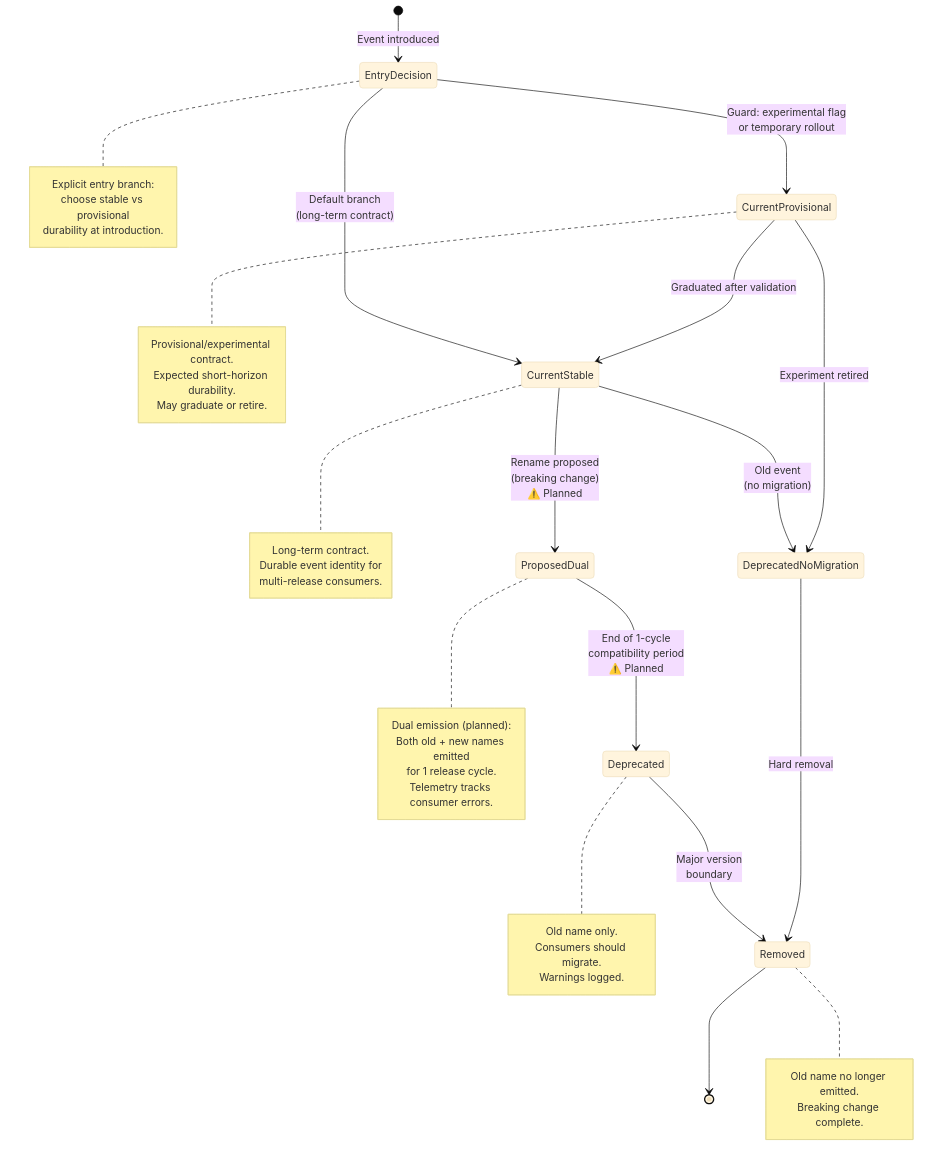
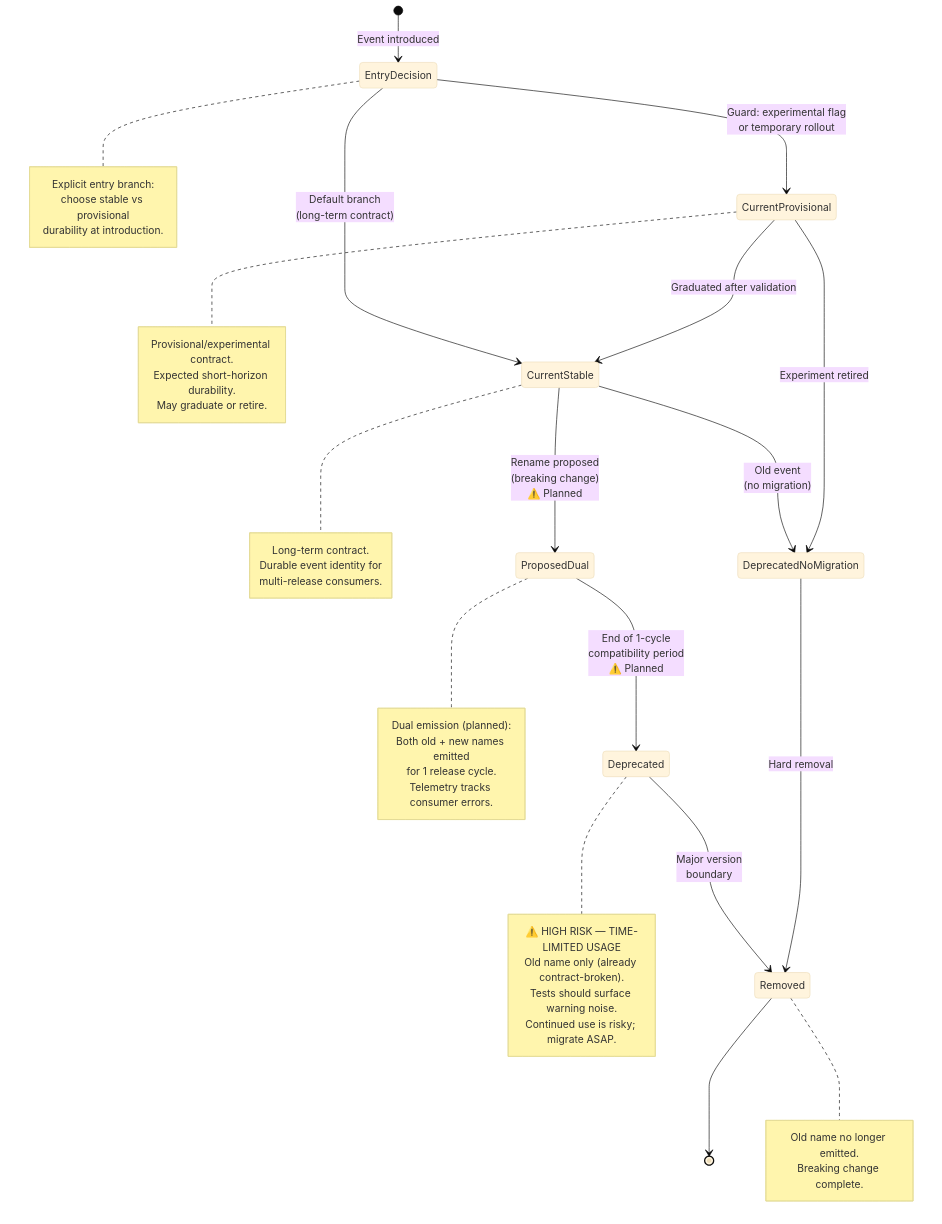
The second of 4 diagrams in design/productRequirementsDocuments/prdEventContracts.md (CyanAutomation/judokon), drawn with Mermaid (base theme) before and after one commit.

Commit message:
docs: clarify deprecated event risk and test expectations (#5696)

````diff
--- a/design/productRequirementsDocuments/prdEventContracts.md
+++ b/design/productRequirementsDocuments/prdEventContracts.md
@@ -175,50 +175,51 @@
 ```mermaid
 stateDiagram-v2
     [*] --> EntryDecision: Event introduced
     EntryDecision --> CurrentStable: Default branch<br/>(long-term contract)
     EntryDecision --> CurrentProvisional: Guard: experimental flag<br/>or temporary rollout
     CurrentStable --> ProposedDual: Rename proposed<br/>(breaking change)<br/>⚠️ Planned
     ProposedDual --> Deprecated: End of 1-cycle<br/>compatibility period<br/>⚠️ Planned
     Deprecated --> Removed: Major version<br/>boundary
     CurrentStable --> DeprecatedNoMigration: Old event<br/>(no migration)
     CurrentProvisional --> CurrentStable: Graduated after validation
     CurrentProvisional --> DeprecatedNoMigration: Experiment retired
     DeprecatedNoMigration --> Removed: Hard removal
     Removed --> [*]
 
     note right of EntryDecision
         Explicit entry branch:
         choose stable vs provisional
         durability at introduction.
     end note
 
     note right of CurrentStable
         Long-term contract.
         Durable event identity for
         multi-release consumers.
     end note
 
     note right of CurrentProvisional
         Provisional/experimental contract.
         Expected short-horizon durability.
         May graduate or retire.
     end note
 
     note right of ProposedDual
         Dual emission (planned):
         Both old + new names emitted
         for 1 release cycle.
         Telemetry tracks consumer errors.
     end note
 
     note right of Deprecated
-        Old name only.
-        Consumers should migrate.
-        Warnings logged.
+        ⚠️ HIGH RISK — TIME-LIMITED USAGE
+        Old name only (already contract-broken).
+        Tests should surface warning noise.
+        Continued use is risky; migrate ASAP.
     end note
 
     note right of Removed
         Old name no longer emitted.
         Breaking change complete.
     end note
 ```
````
